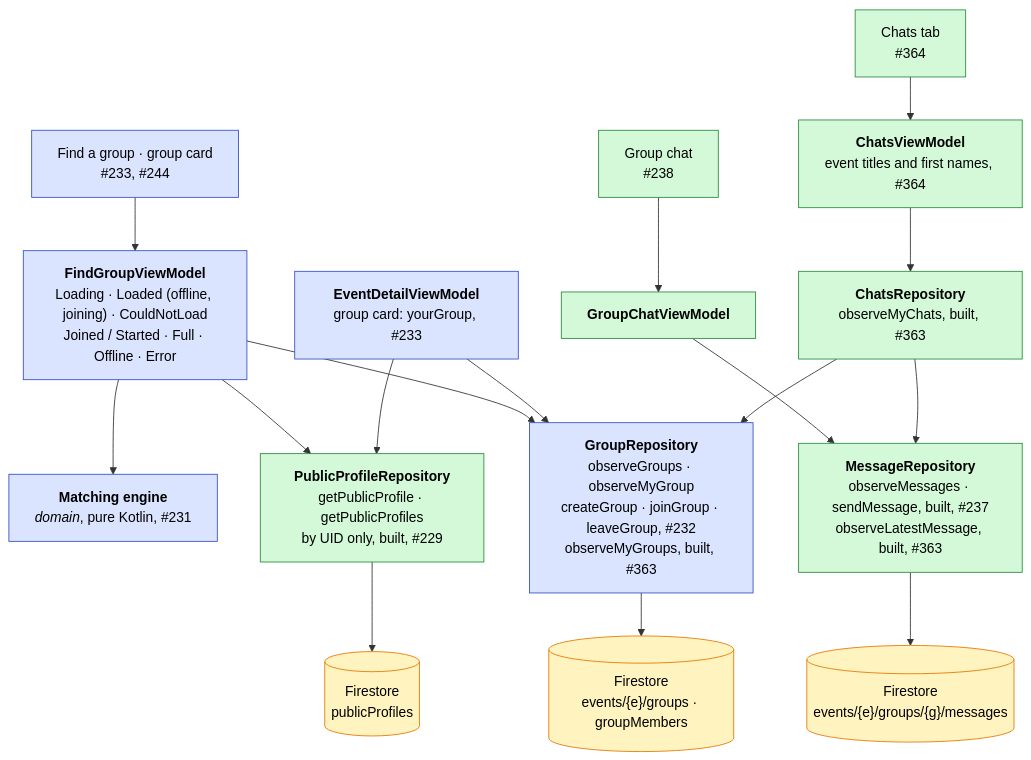
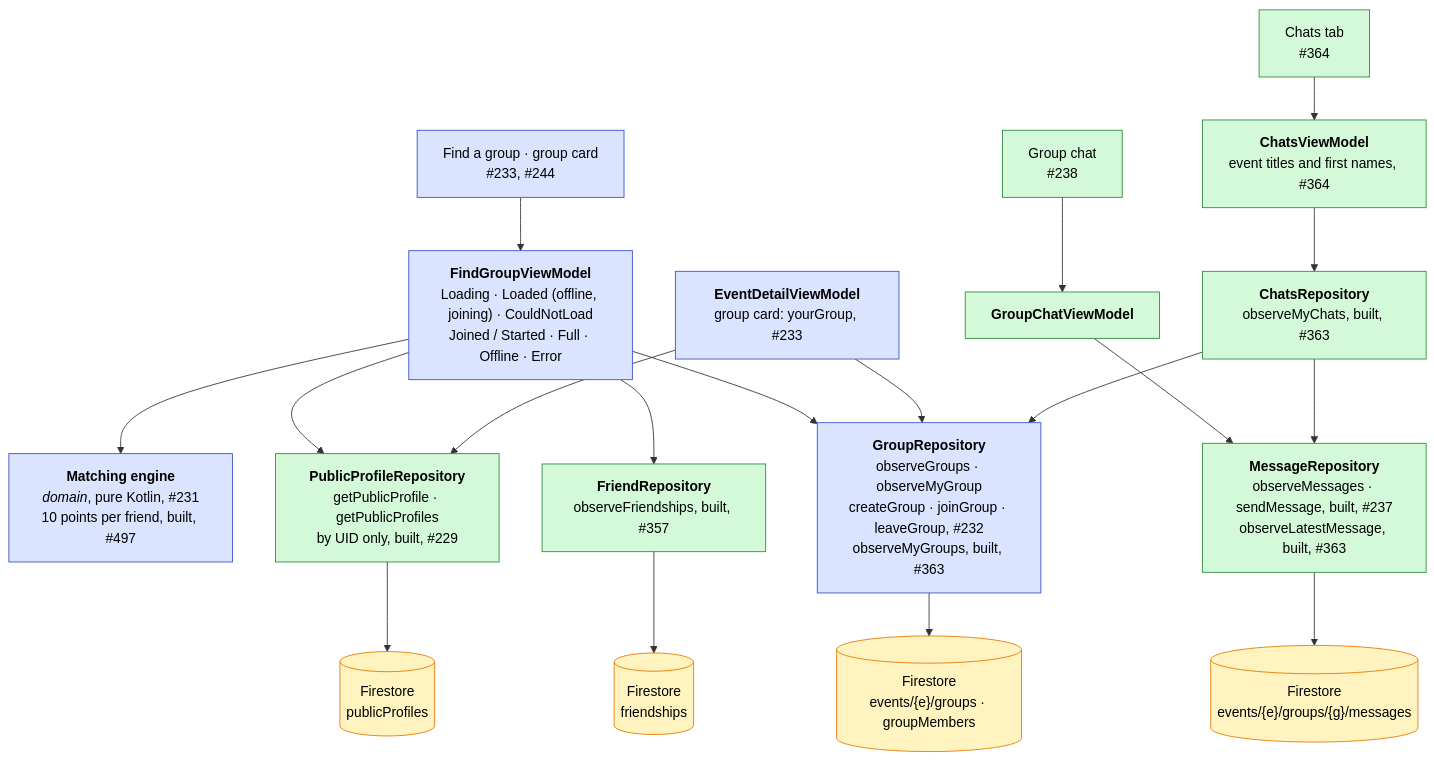
One commit to swent-polysocial/PolySocial changed the sixth of 16 diagrams in docs/Architecture-Diagram.md. Above: the diagram before and after it, drawn with Mermaid. The commit also changed other lines of this file and 1 other file, not shown here.

First line of the commit message:
docs: record that matching ranks friends first

````diff
--- a/docs/Architecture-Diagram.md
+++ b/docs/Architecture-Diagram.md
@@ -259,21 +260,23 @@
 ```mermaid
 flowchart TB
   classDef pb fill:#dbe4ff,stroke:#364fc7,color:#000
   classDef ext fill:#fff3bf,stroke:#e67700,color:#000
 
   classDef s1 fill:#d3f9d8,stroke:#2b8a3e,color:#000
 
   find["Find a group · group card<br/>#233, #244"]:::pb --> findVM["<b>FindGroupViewModel</b><br/>Loading · Loaded (offline, joining) · CouldNotLoad<br/>Joined / Started · Full · Offline · Error"]:::pb
-  findVM --> match["<b>Matching engine</b><br/><i>domain</i>, pure Kotlin, #231"]:::pb
+  findVM --> match["<b>Matching engine</b><br/><i>domain</i>, pure Kotlin, #231<br/>10 points per friend, built, #497"]:::pb
+  findVM --> friendRepo["<b>FriendRepository</b><br/>observeFriendships, built, #357"]:::s1
   findVM --> groups["<b>GroupRepository</b><br/>observeGroups · observeMyGroup<br/>createGroup · joinGroup · leaveGroup, #232<br/>observeMyGroups, built, #363"]:::pb
   findVM --> pub["<b>PublicProfileRepository</b><br/>getPublicProfile · getPublicProfiles<br/>by UID only, built, #229"]:::s1
   detailVM["<b>EventDetailViewModel</b><br/>group card: yourGroup, #233"]:::pb --> groups
   detailVM --> pub
   chat["Group chat<br/>#238"]:::s1 --> chatVM["<b>GroupChatViewModel</b>"]:::s1 --> msgs["<b>MessageRepository</b><br/>observeMessages · sendMessage, built, #237<br/>observeLatestMessage, built, #363"]:::s1
   chatsTab["Chats tab<br/>#364"]:::s1 --> chatsVM["<b>ChatsViewModel</b><br/>event titles and first names, #364"]:::s1 --> chatList["<b>ChatsRepository</b><br/>observeMyChats, built, #363"]:::s1
   chatList --> groups
   chatList --> msgs
   groups --> fs[("Firestore<br/>events/{e}/groups · groupMembers")]:::ext
   pub --> fs2[("Firestore<br/>publicProfiles")]:::ext
+  friendRepo --> fs4[("Firestore<br/>friendships")]:::ext
   msgs --> fs3[("Firestore<br/>events/{e}/groups/{g}/messages")]:::ext
 ```
````
